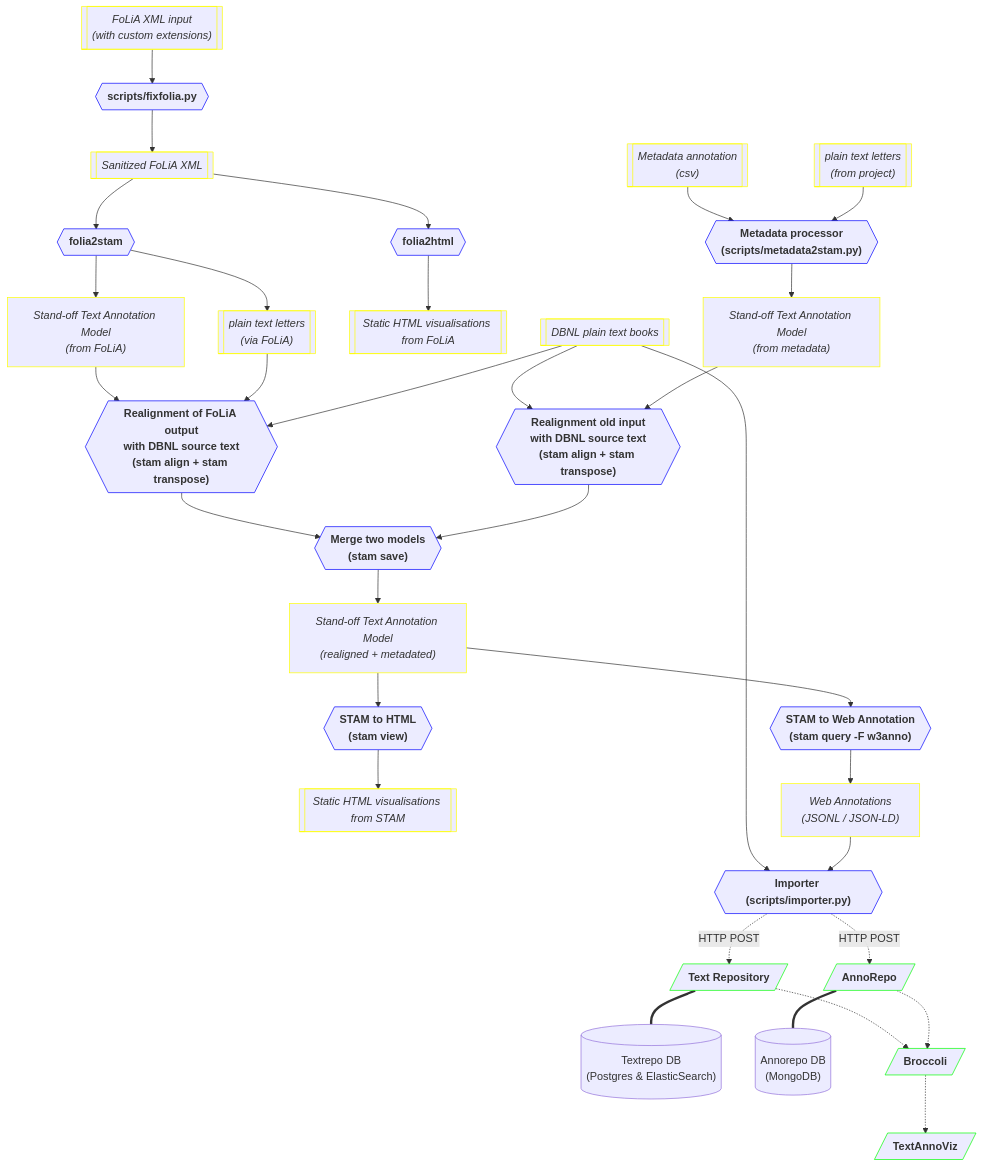
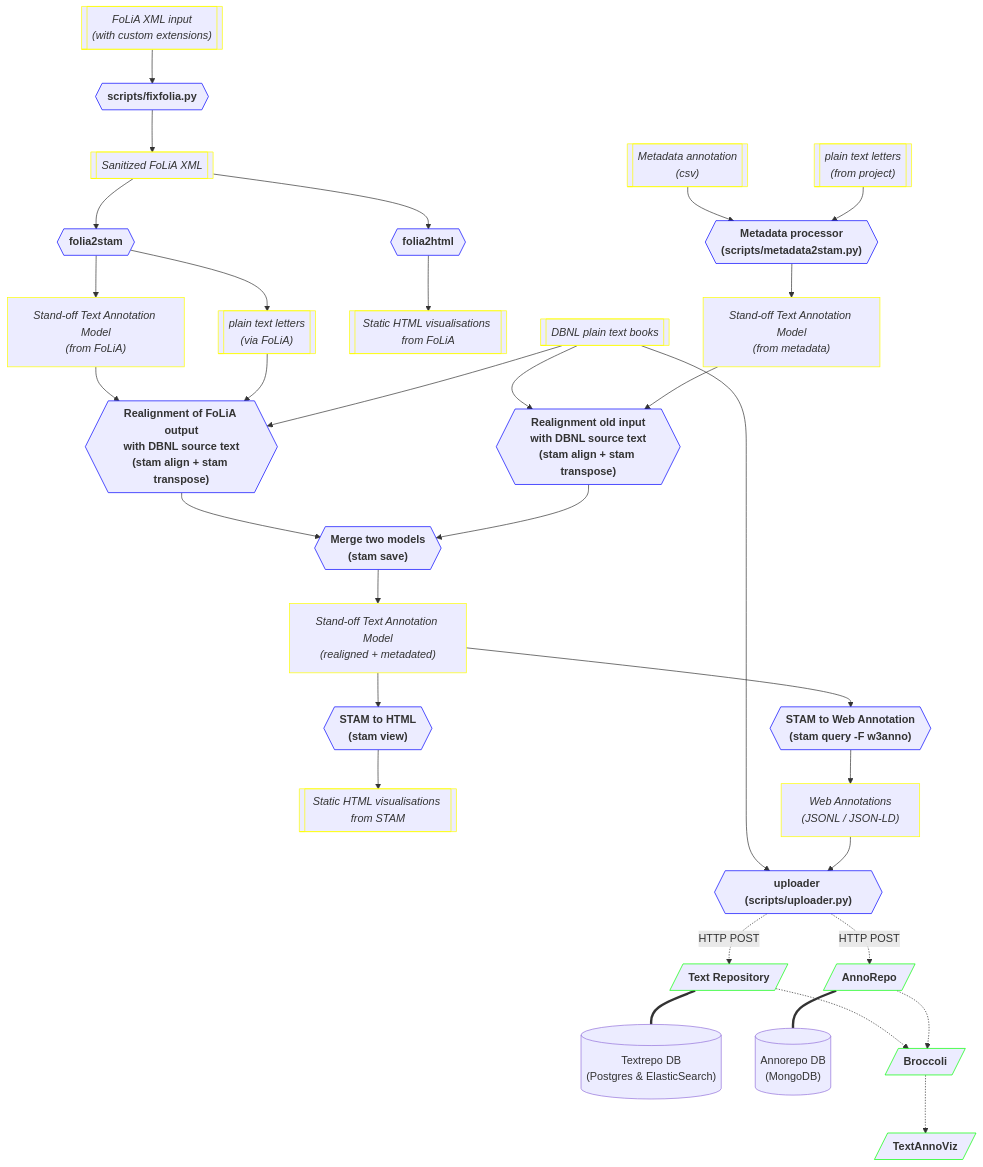
Before and after one commit to knaw-huc/brieven-van-hooft-pipeline: the diagram in README.md, drawn with Mermaid.

Commit message:
schema update

````diff
--- a/README.md
+++ b/README.md
@@ -104,69 +104,69 @@
 ```mermaid
 flowchart TD
     folia_input[["FoLiA XML input\n(with custom extensions)"]]
     folia_fixed[[Sanitized FoLiA XML]]
     fixfolia{{scripts/fixfolia.py}}
     folia2stam{{folia2stam}}
     stamstore["Stand-off Text Annotation Model\n(from FoLiA)"]
     stamstore2["Stand-off Text Annotation Model\n(from metadata)"]
     stamstorefinal["Stand-off Text Annotation Model\n(realigned + metadated)"]
     stamview{{"STAM to HTML\n(stam view)"}}
     stamhtml[["Static HTML visualisations from STAM"]]
     folia2html{{folia2html}}
     foliahtml[["Static HTML visualisations from FoLiA"]]
     stam2webanno{{"STAM to Web Annotation\n(stam query -F w3anno)"}}
     webanno["Web Annotations\n(JSONL / JSON-LD)"]
     foliaplaintext[["plain text letters\n(via FoLiA)"]]
     derivedplaintext[["plain text letters\n(from project)"]]
     dbnlplaintext[["DBNL plain text books"]]
     stamalign{{"Realignment of FoLiA output\nwith DBNL source text\n(stam align + stam transpose)"}}
     metadatacsv[["Metadata annotation\n(csv)"]]
     metadater{{"Metadata processor\n(scripts/metadata2stam.py)"}}
     metadataalign{{"Realignment old input\nwith DBNL source text\n(stam align + stam transpose)"}}
     stamsave{{"Merge two models\n(stam save)"}}
-    importer{{"Importer (scripts/importer.py)"}}
+    uploader{{"uploader (scripts/uploader.py)"}}
     textrepo[/Text Repository/]
     textrepodb[("Textrepo DB\n(Postgres & ElasticSearch)")]
     annorepo[/AnnoRepo/]
     annorepodb[("Annorepo DB\n(MongoDB)")]
     broccoli[/Broccoli/]
     textannoviz[/TextAnnoViz/]
     folia_input --> fixfolia 
     fixfolia --> folia_fixed
     folia_fixed --> folia2stam
     folia_fixed --> folia2html
     folia2html --> foliahtml
     folia2stam --> foliaplaintext
     folia2stam --> stamstore
     stamstore --> stamalign
     foliaplaintext --> stamalign
     dbnlplaintext --> stamalign
     dbnlplaintext --> metadataalign
     metadatacsv --> metadater
     derivedplaintext --> metadater
     metadater --> stamstore2
     stamstore2 --> metadataalign
     stamalign --> stamsave
     metadataalign --> stamsave
     stamsave --> stamstorefinal
     stamstorefinal --> stamview
     stamstorefinal --> stam2webanno
     stamview --> stamhtml
     stam2webanno --> webanno
-    dbnlplaintext --> importer
-    webanno --> importer
-    importer -. "HTTP POST" .-> textrepo
-    importer -. "HTTP POST" .-> annorepo
+    dbnlplaintext --> uploader
+    webanno --> uploader
+    uploader -. "HTTP POST" .-> textrepo
+    uploader -. "HTTP POST" .-> annorepo
     textrepo -.-> broccoli
     textrepo === textrepodb
     annorepo === annorepodb
     annorepo -.-> broccoli
     broccoli -.-> textannoviz
 
     classDef process stroke:#00f,font-weight:bold
     classDef service stroke:#0f0,font-weight:bold
     classDef data stroke:#ff0,font-style:italic
-    class fixfolia,folia2stam,stamview,folia2html,stam2webanno,stamalign,importer,metadater,metadataalign,stamsave process
+    class fixfolia,folia2stam,stamview,folia2html,stam2webanno,stamalign,uploader,metadater,metadataalign,stamsave process
     class textrepo,annorepo,textannoviz,broccoli service
     class folia_input,folia_fixed,stamstore,stamstore2,stamstorefinal,foliaplaintext,dbnlplaintext,webanno,foliahtml,stamhtml,derivedplaintext,metadatacsv data
 ```
````
